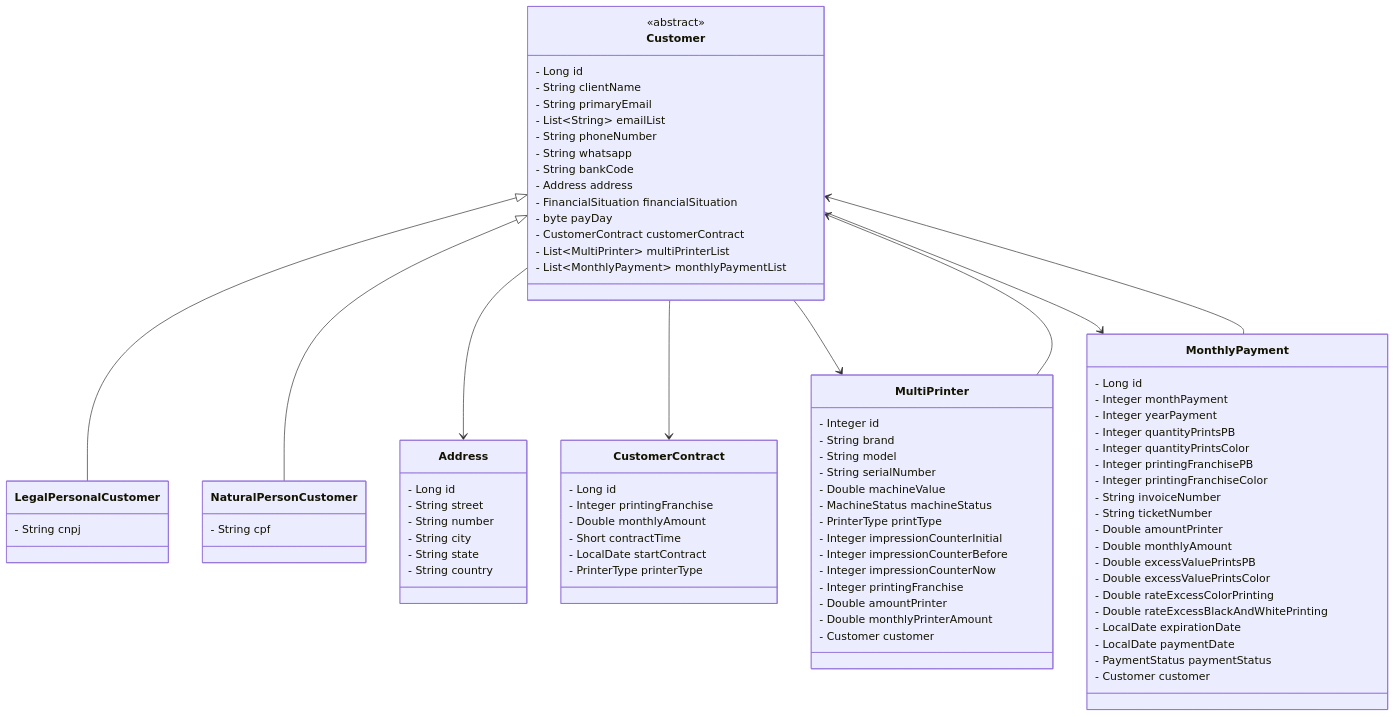
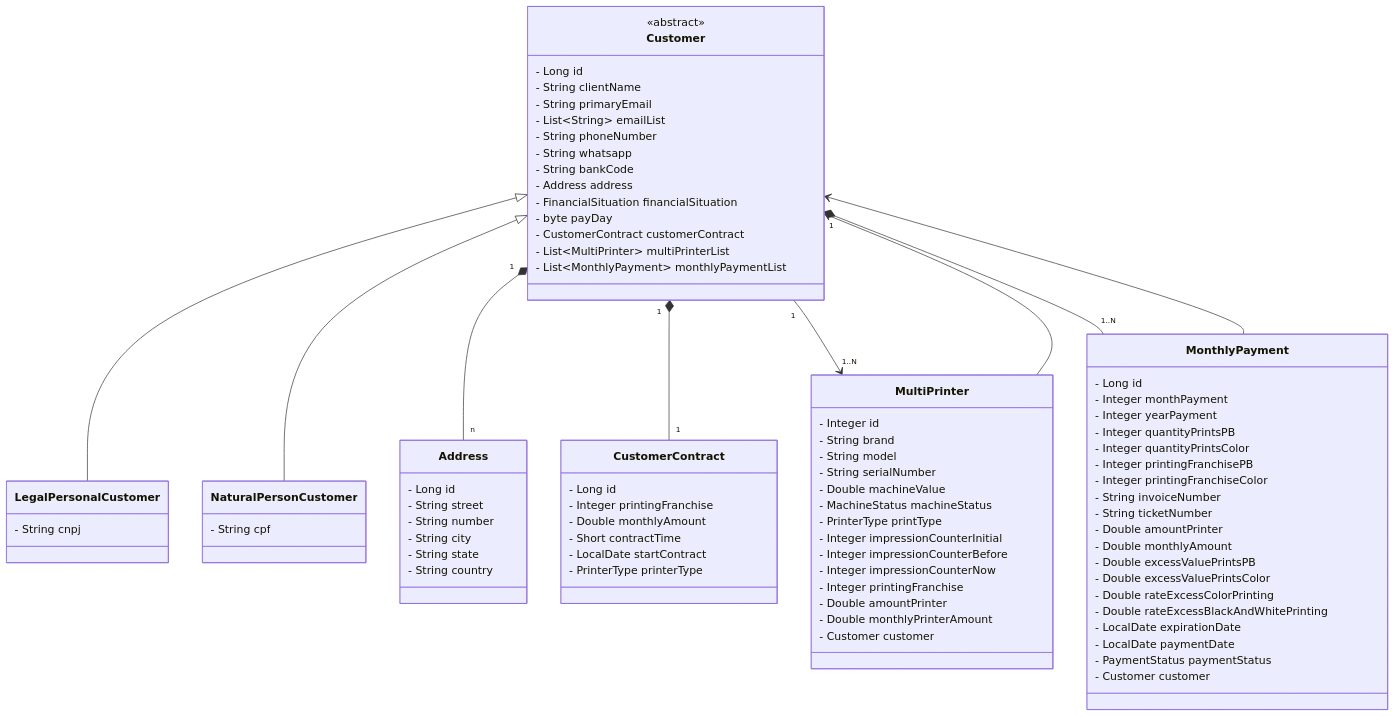
Before and after one commit to claudiocarige/copyimagem-project: the diagram in msdomain/README.md, drawn with Mermaid.

Commit message:
[ refactor ] : Inserted cardinality inthe class diagrams

````diff
--- a/msdomain/README.md
+++ b/msdomain/README.md
@@ -153,10 +153,10 @@
 
     Customer <|-- LegalPersonalCustomer
     Customer <|-- NaturalPersonCustomer
-    Customer --> Address
-    Customer --> CustomerContract
-    Customer --> MultiPrinter
-    Customer --> MonthlyPayment
+    Customer "1" *-- "n" Address
+    Customer "1" *-- "1" CustomerContract
+    Customer "1" --> "1..N" MultiPrinter
+    Customer "1"*-- "1..N" MonthlyPayment
     MultiPrinter --> Customer
     MonthlyPayment --> Customer
 ```
````
